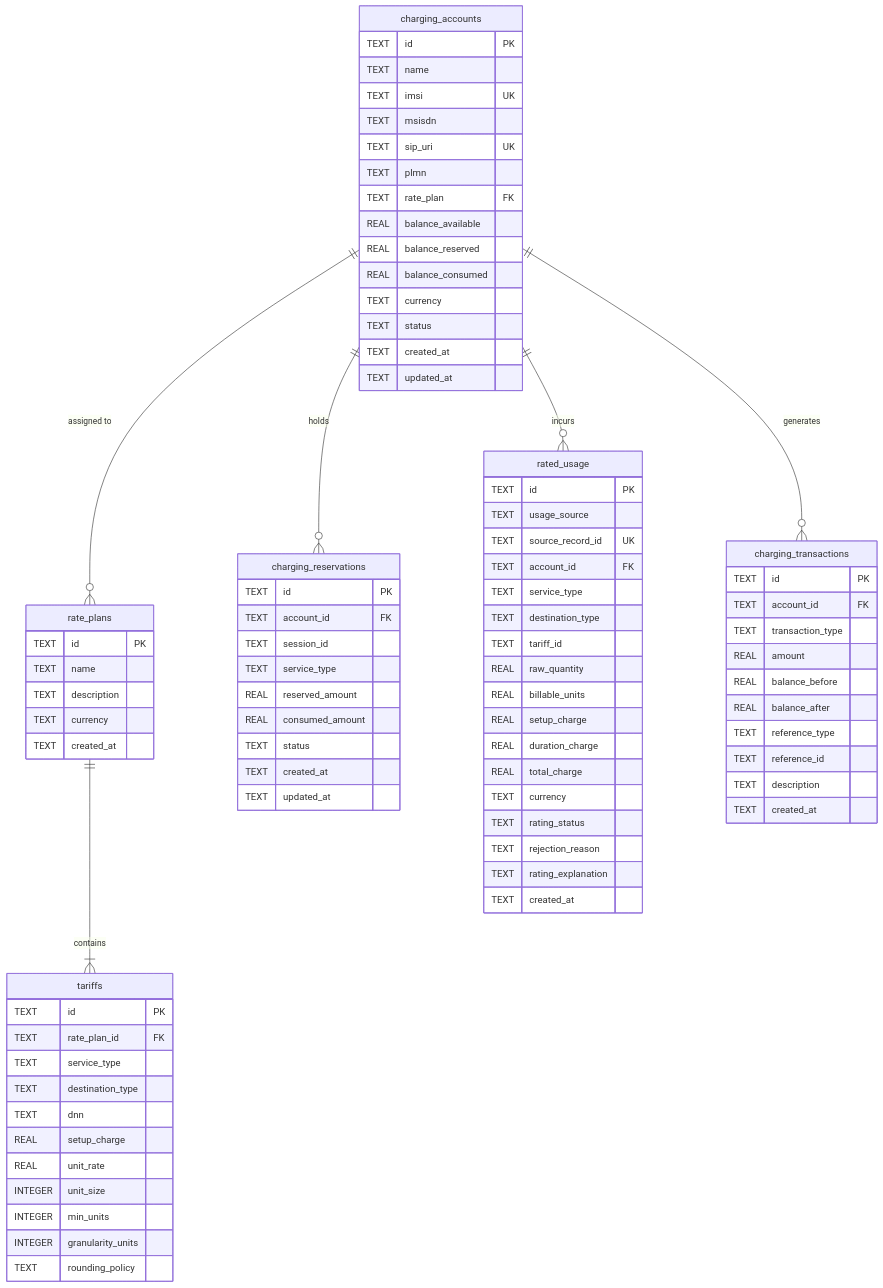
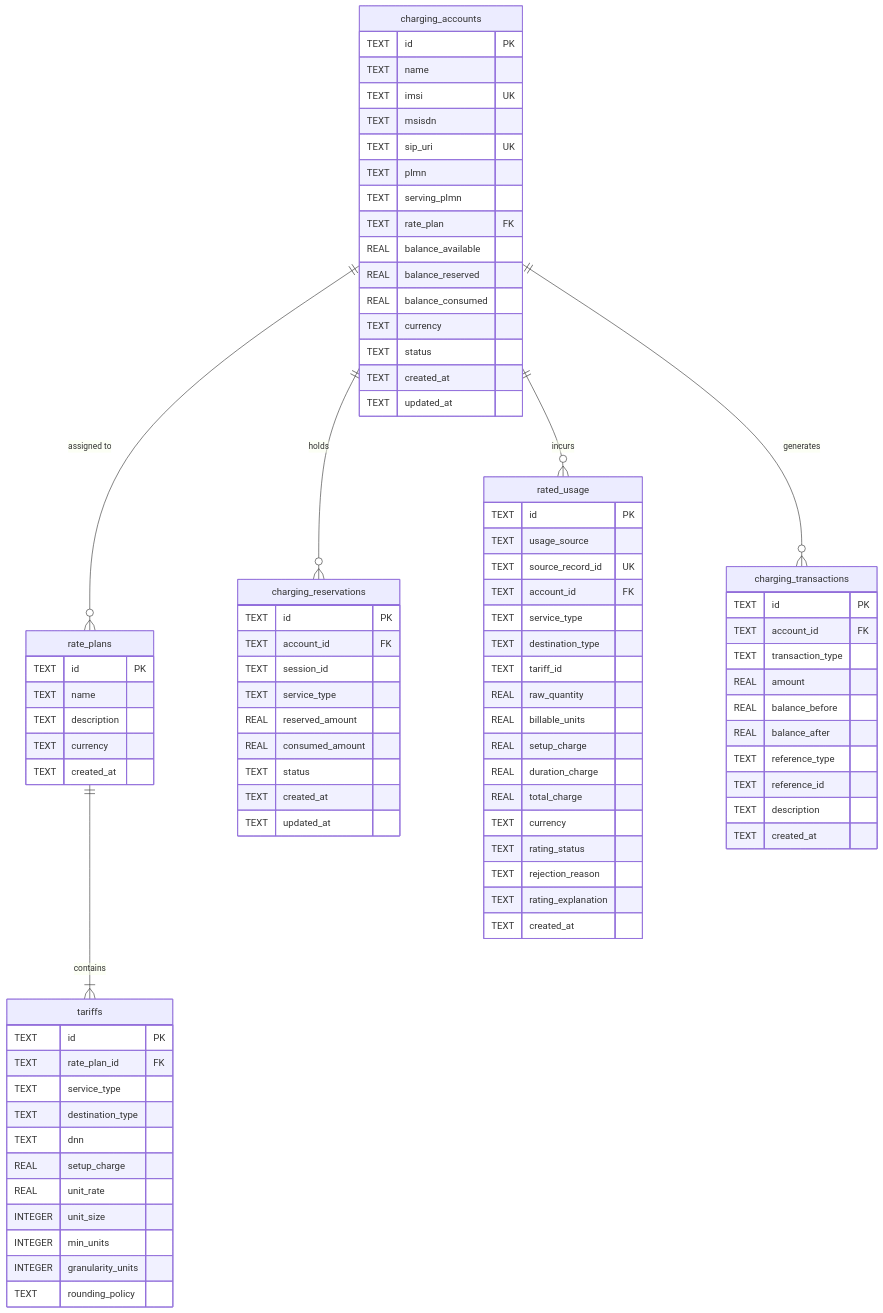
Before and after one commit to khattabpi/Open-Telecom-Lab: the diagram in docs/charging/data-model.md, drawn with Mermaid. The commit also changed other lines of this file and 5 other files, not shown here.

Commit message:
fix(charging): resolve roaming voice tariff classification using serving_plmn

```diff
--- a/docs/charging/data-model.md
+++ b/docs/charging/data-model.md
@@ -24,6 +24,7 @@
         TEXT msisdn
         TEXT sip_uri UK
         TEXT plmn
+        TEXT serving_plmn
         TEXT rate_plan FK
         REAL balance_available
         REAL balance_reserved
```
